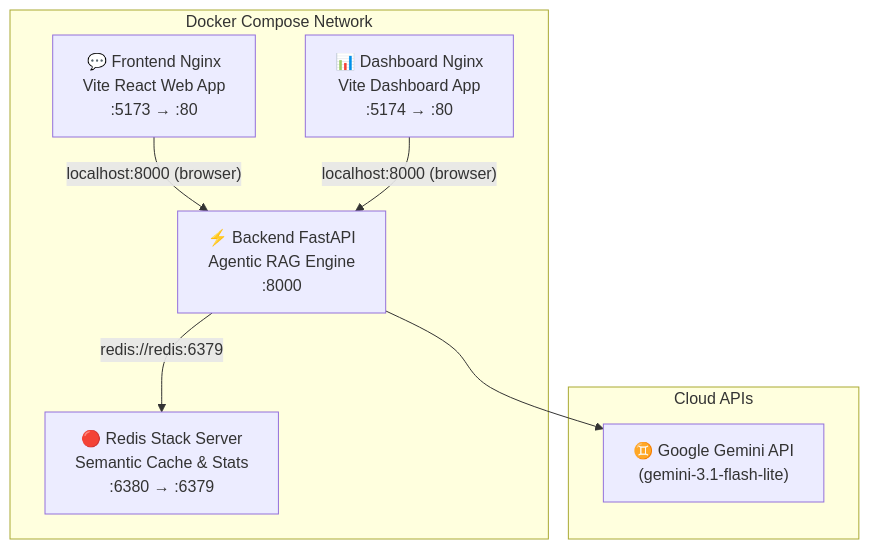
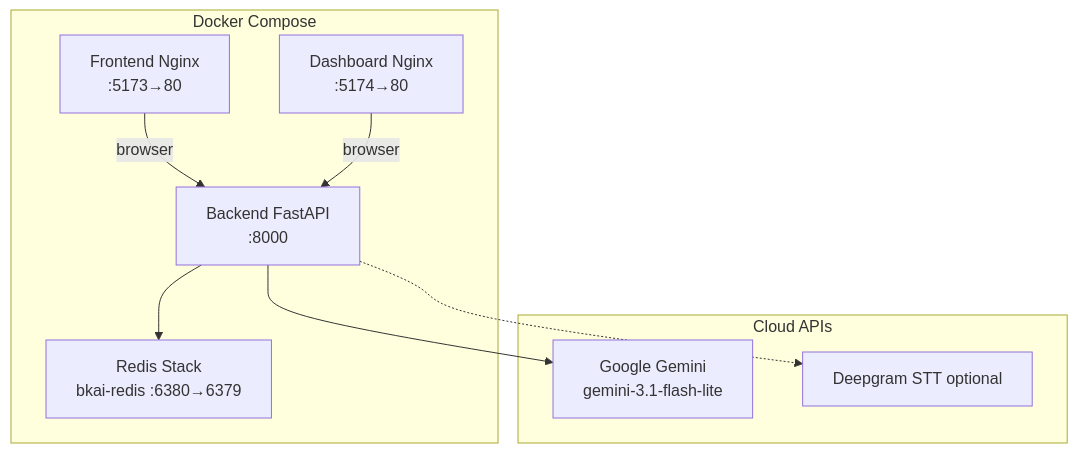
The eighth of 8 diagrams in README.md (BennedictQuanTon/BKAi-Admission-System), drawn with Mermaid before and after one commit. The commit also changed other lines of this file, not shown here.

````diff
--- a/README.md
+++ b/README.md
@@ -218,18 +397,20 @@
 ```mermaid
 graph TB
-    subgraph Cloud["Cloud APIs"]
-        Gemini["♊ Google Gemini API<br/>(gemini-3.1-flash-lite)"]
-    end
+  subgraph Cloud["Cloud APIs"]
+    Gemini["Google Gemini<br/>gemini-3.1-flash-lite"]
+    DG["Deepgram STT optional"]
+  end
 
-    subgraph Docker["Docker Compose Network"]
-        Redis["🔴 Redis Stack Server<br/>Semantic Cache & Stats<br/>:6380 → :6379"]
-        Backend["⚡ Backend FastAPI<br/>Agentic RAG Engine<br/>:8000"]
-        Frontend["💬 Frontend Nginx<br/>Vite React Web App<br/>:5173 → :80"]
-        Dashboard["📊 Dashboard Nginx<br/>Vite Dashboard App<br/>:5174 → :80"]
-    end
+  subgraph Docker["Docker Compose"]
+    Redis["Redis Stack<br/>bkai-redis :6380→6379"]
+    Backend["Backend FastAPI<br/>:8000"]
+    Frontend["Frontend Nginx<br/>:5173→80"]
+    Dashboard["Dashboard Nginx<br/>:5174→80"]
+  end
 
-    Backend -->|"redis://redis:6379"| Redis
-    Backend --> Gemini
-    Frontend -->|"localhost:8000 (browser)"| Backend
-    Dashboard -->|"localhost:8000 (browser)"| Backend
+  Backend --> Redis
+  Backend --> Gemini
+  Backend -.-> DG
+  Frontend -->|browser| Backend
+  Dashboard -->|browser| Backend
 ```
````
